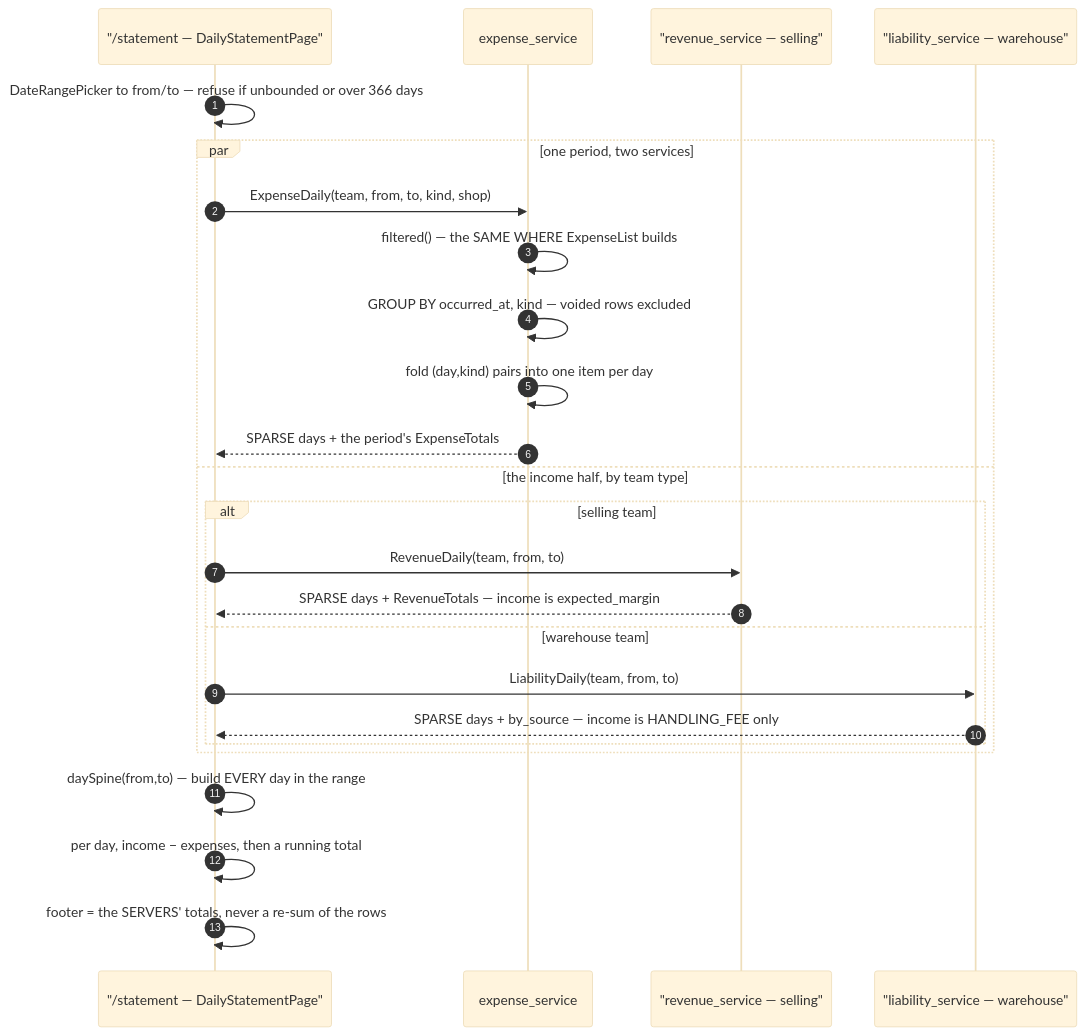
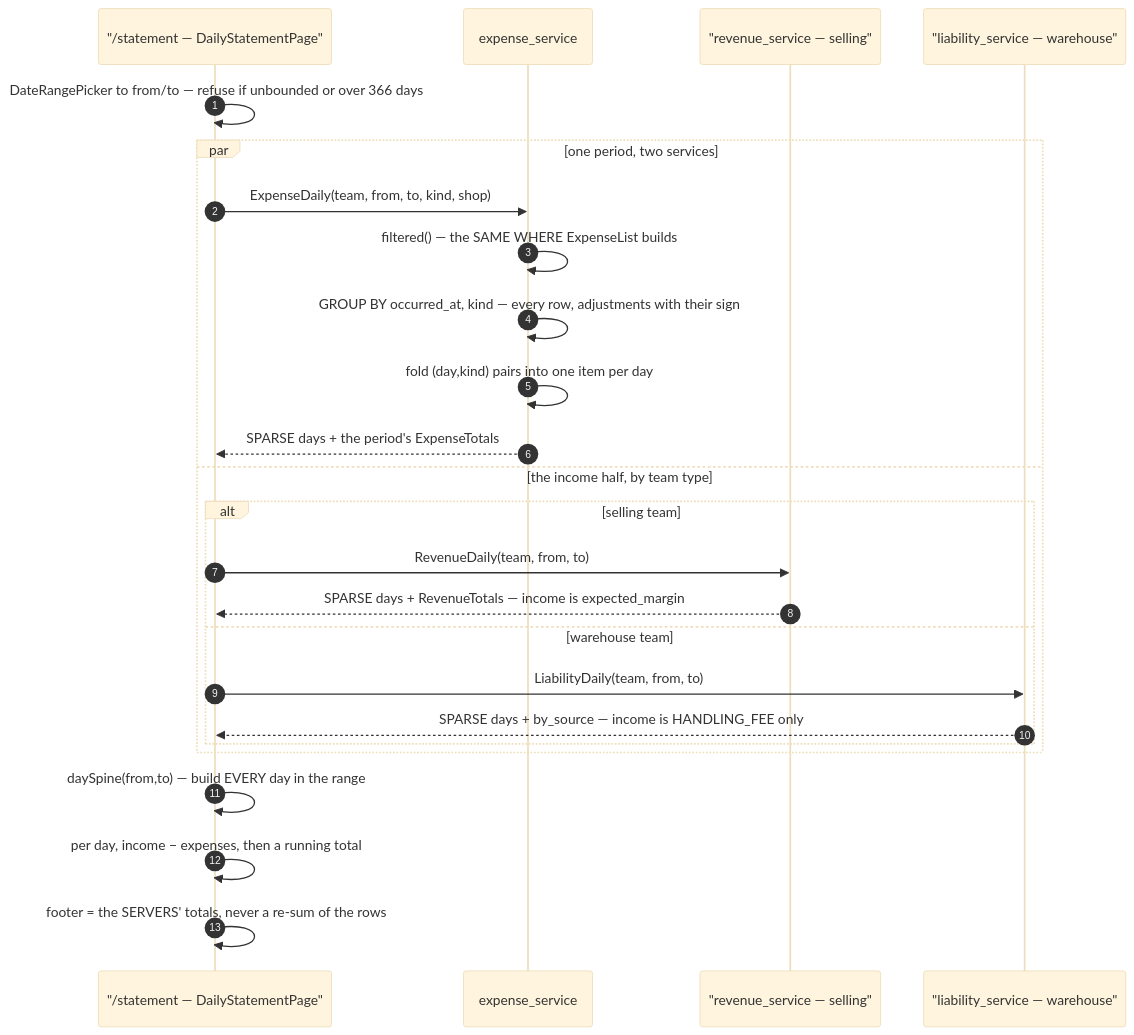
One commit to pdcgo/warehouse_revamp changed the first of 2 diagrams in docs/services/expense_service/rpc.md. Above: the diagram before and after it, drawn with Mermaid (base theme). The commit also changed other lines of this file and 703 other files, not shown here.

````diff
--- a/docs/services/expense_service/rpc.md
+++ b/docs/services/expense_service/rpc.md
@@ -69,30 +70,30 @@
 ```mermaid
 sequenceDiagram
     autonumber
     participant UI as "/statement — DailyStatementPage"
     participant E as expense_service
     participant R as "revenue_service — selling"
     participant S as "liability_service — warehouse"
 
     UI->>UI: DateRangePicker to from/to — refuse if unbounded or over 366 days
 
     par one period, two services
         UI->>E: ExpenseDaily(team, from, to, kind, shop)
         E->>E: filtered() — the SAME WHERE ExpenseList builds
-        E->>E: GROUP BY occurred_at, kind — voided rows excluded
+        E->>E: GROUP BY occurred_at, kind — every row, adjustments with their sign
         E->>E: fold (day,kind) pairs into one item per day
         E-->>UI: SPARSE days + the period's ExpenseTotals
     and the income half, by team type
         alt selling team
             UI->>R: RevenueDaily(team, from, to)
             R-->>UI: SPARSE days + RevenueTotals — income is expected_margin
         else warehouse team
             UI->>S: LiabilityDaily(team, from, to)
             S-->>UI: SPARSE days + by_source — income is HANDLING_FEE only
         end
     end
 
     UI->>UI: daySpine(from,to) — build EVERY day in the range
     UI->>UI: per day, income − expenses, then a running total
     UI->>UI: footer = the SERVERS' totals, never a re-sum of the rows
 ```
````
